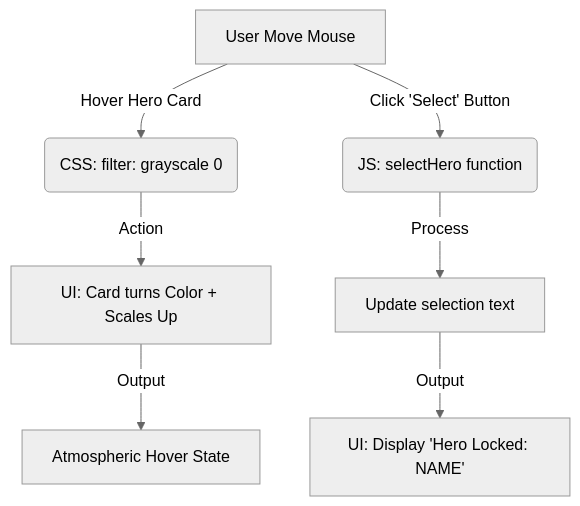
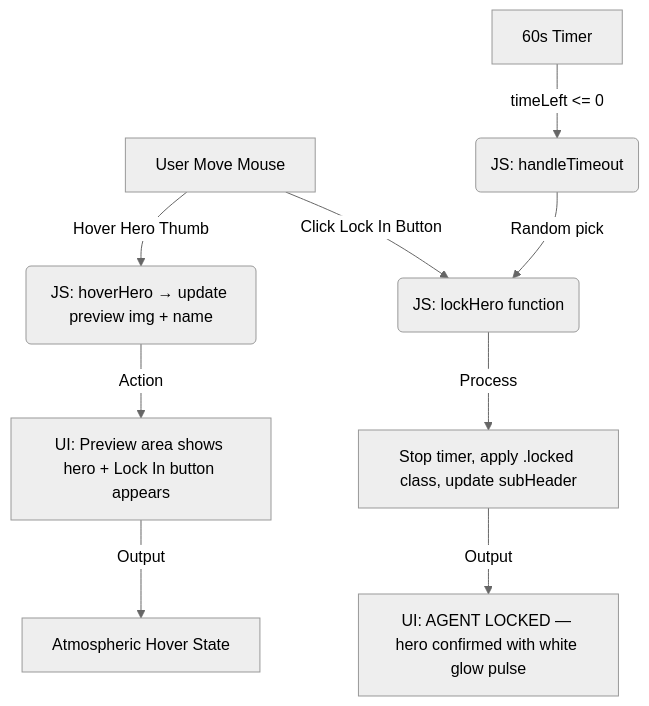
Before and after one commit to VirenChauhan19/Claude: the diagram in README.md, drawn with Mermaid (neutral theme). The commit also changed other lines of this file and 3 other files, not shown here.

````diff
--- a/README.md
+++ b/README.md
@@ -17,10 +23,13 @@
 ```mermaid
 graph TD
-    A[User Move Mouse] -->|Hover Hero Card| B(CSS: filter: grayscale 0)
-    B -->|Action| C[UI: Card turns Color + Scales Up]
+    A[User Move Mouse] -->|Hover Hero Thumb| B(JS: hoverHero → update preview img + name)
+    B -->|Action| C[UI: Preview area shows hero + Lock In button appears]
     C -->|Output| D[Atmospheric Hover State]
-    
-    A -->|Click 'Select' Button| E(JS: selectHero function)
-    E -->|Process| F[Update selection text]
-    F -->|Output| G[UI: Display 'Hero Locked: NAME']
+
+    A -->|Click Lock In Button| E(JS: lockHero function)
+    E -->|Process| F[Stop timer, apply .locked class, update subHeader]
+    F -->|Output| G[UI: AGENT LOCKED — hero confirmed with white glow pulse]
+
+    H[60s Timer] -->|timeLeft <= 0| I(JS: handleTimeout)
+    I -->|Random pick| E
 ```
````
